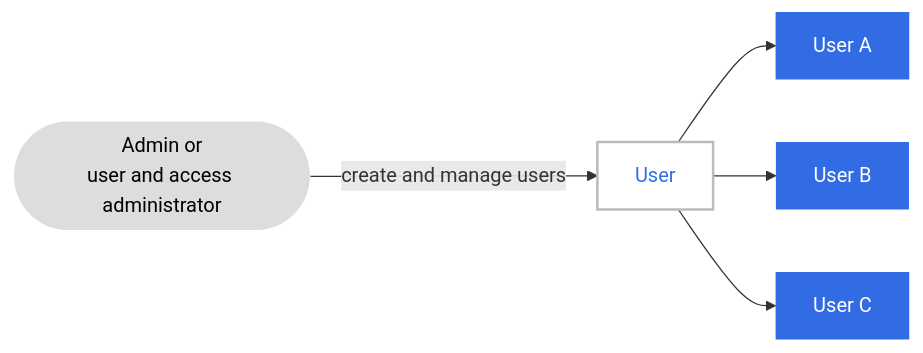
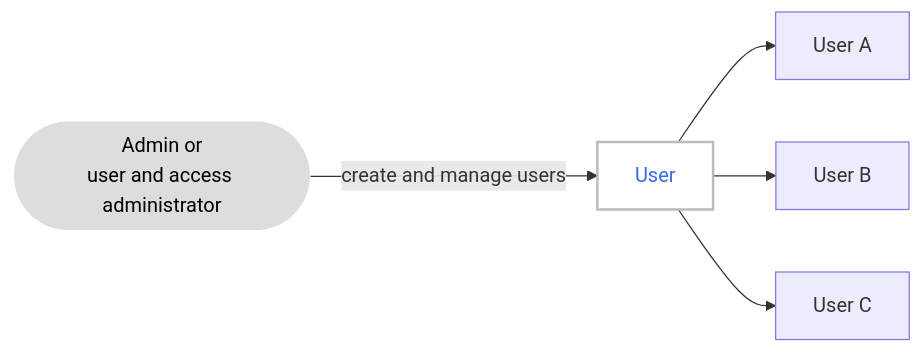
Before and after one commit to DaoCloud/DaoCloud-docs: the first of 3 diagrams in docs/en/docs/ghippo/intro/features.md, drawn with Mermaid. The commit also changed other lines of this file and 24 other files, not shown here.

````diff
--- a/docs/en/docs/ghippo/intro/features.md
+++ b/docs/en/docs/ghippo/intro/features.md
@@ -16,17 +16,17 @@
     ```mermaid
     graph LR
 
         admin([Admin or<br>user and access administrator]) --> |create and manage users|user[User]
         user --> user1[User A]
         user --> user2[User B]
         user --> user3[User C]
         
     click user "https://docs.daocloud.io/en/ghippo/user-guide/access-control/user/"
 
     classDef plain fill:#ddd,stroke:#fff,stroke-width:0px,color:#000;
     classDef k8s fill:#326ce5,stroke:#fff,stroke-width:0px,color:#fff;
     classDef cluster fill:#fff,stroke:#bbb,stroke-width:2px,color:#326ce5;
+
     class admin plain;
-    class user1,user2,user3 k8s;
     class user cluster
     ```
````
